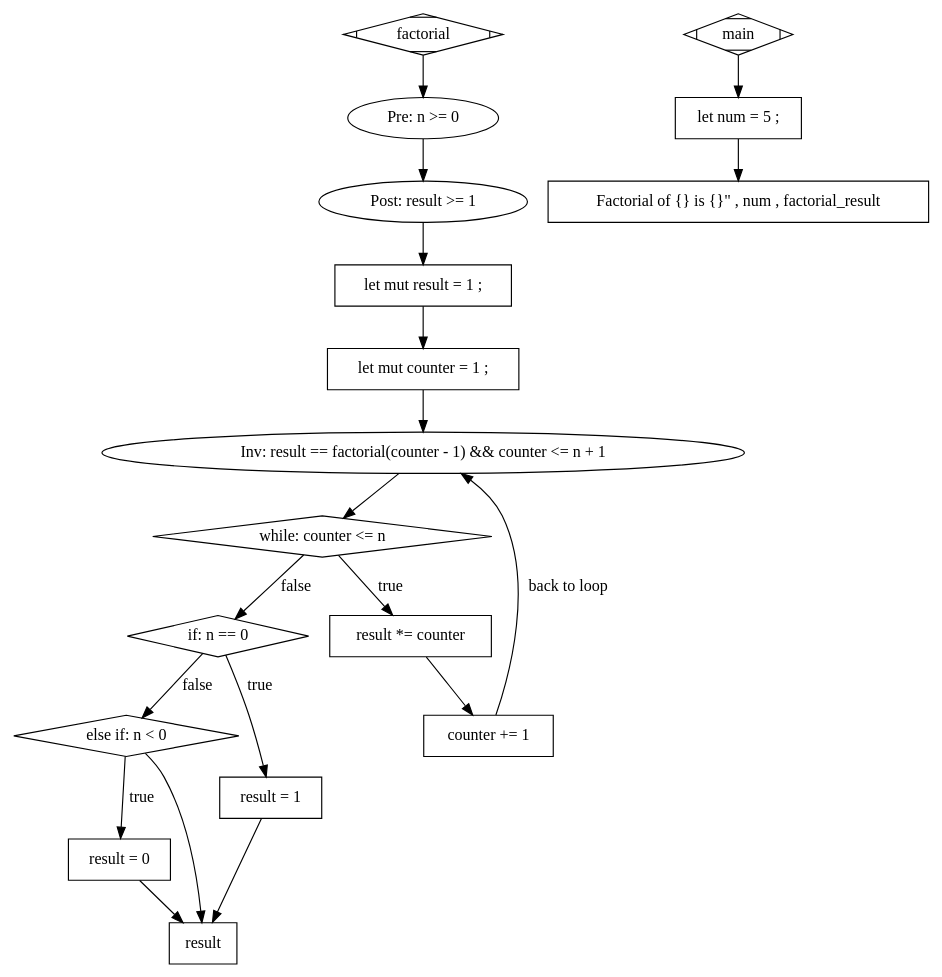
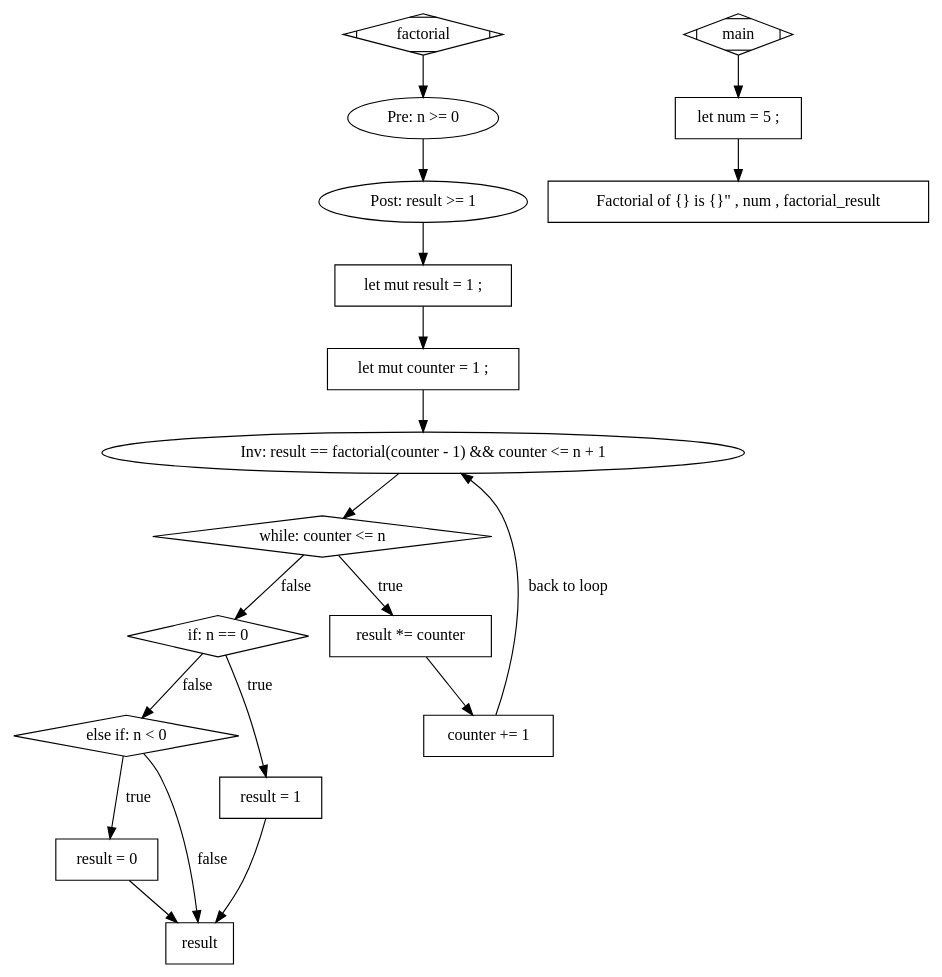
Before and after one commit to vasilevlaicu/secured-rust: the diagram in src/graphs/simple.dot, drawn with Graphviz. The commit also changed 1 other file, not shown here.

Commit message:
Fix "false" label on edge in last else if

```diff
--- a/src/graphs/simple.dot
+++ b/src/graphs/simple.dot
@@ -1,37 +1,37 @@
 digraph G {
 0 [label="factorial", shape=Mdiamond]
 1 [label="Pre: n >= 0", shape=ellipse]
 2 [label="Post: result >= 1", shape=ellipse]
 3 [label="let mut result = 1 ;", shape=box]
 4 [label="let mut counter = 1 ;", shape=box]
 5 [label="Inv: result == factorial(counter - 1) && counter <= n + 1", shape=ellipse]
 6 [label="while: counter <= n", shape=diamond]
 7 [label="result *= counter", shape=box]
 8 [label="counter += 1", shape=box]
 9 [label="main", shape=Mdiamond]
 10 [label="if: n == 0", shape=diamond]
 11 [label="result = 1", shape=box]
 12 [label="let num = 5 ;", shape=box]
 13 [label="else if: n < 0", shape=diamond]
 14 [label="result = 0", shape=box]
 15 [label="Factorial of {} is {}\" , num , factorial_result", shape=box]
 16 [label="result", shape=box]
 0 -> 1 [label=""];
 1 -> 2 [label=""];
 2 -> 3 [label=""];
 3 -> 4 [label=""];
 4 -> 5 [label=""];
 5 -> 6 [label=""];
 6 -> 7 [label="true"];
 7 -> 8 [label=""];
 8 -> 5 [label="back to loop"];
 11 -> 16 [label=""];
 6 -> 10 [label="false"];
 10 -> 11 [label="true"];
 9 -> 12 [label=""];
 10 -> 13 [label="false"];
 13 -> 14 [label="true"];
 12 -> 15 [label=""];
 14 -> 16 [label=""];
-13 -> 16 [label=""];
+13 -> 16 [label="false"];
 }
```
